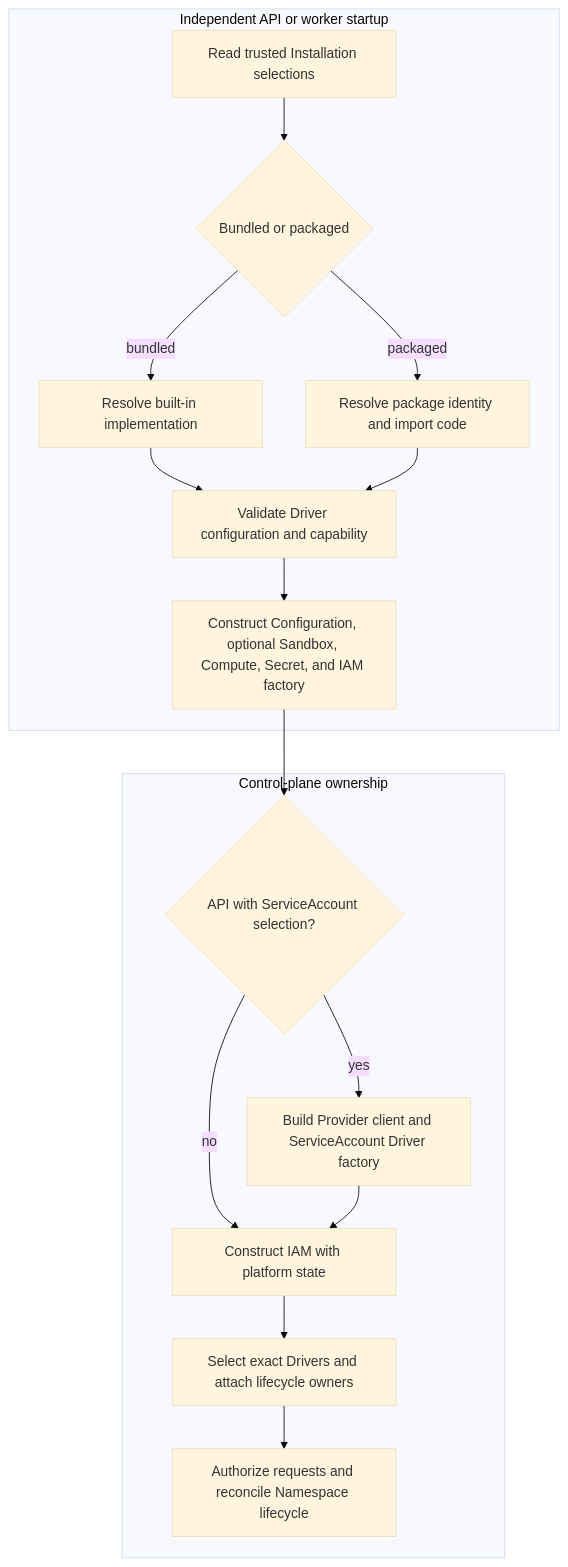
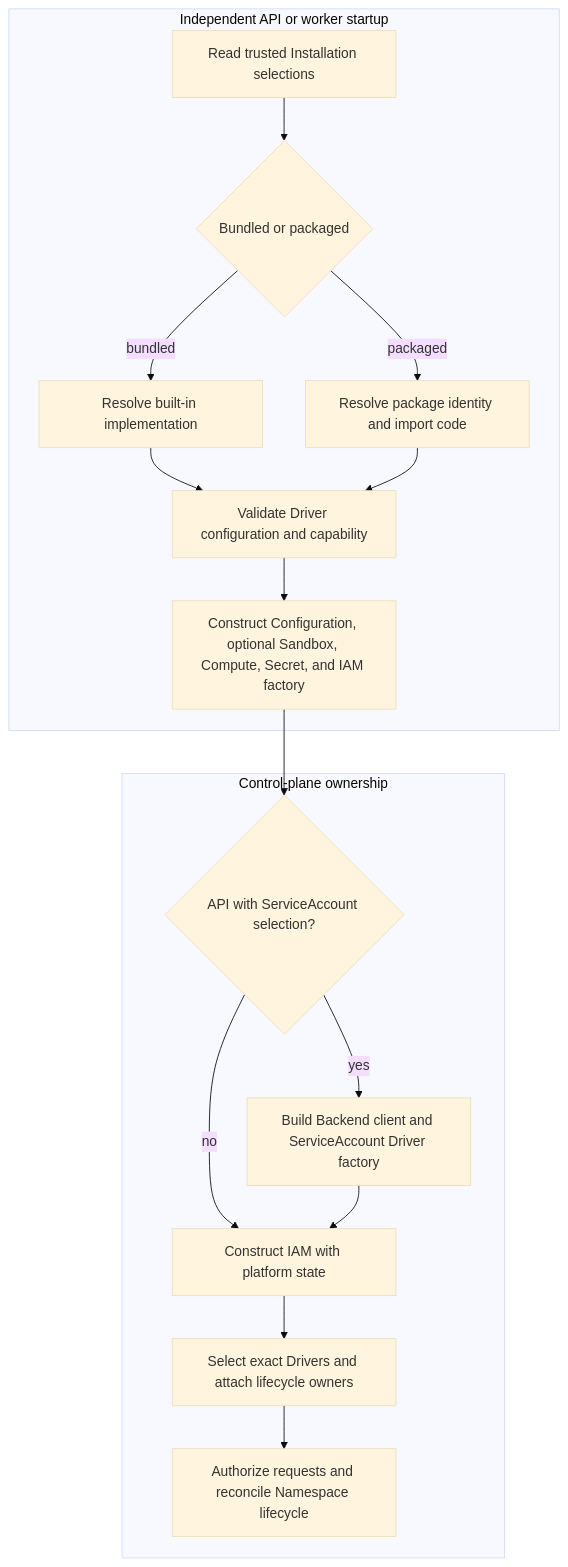
Before and after one commit to openclaw/openclaw-enterprise: the diagram in docs/flows/driver-plugin-loading.md, drawn with Mermaid (base theme). The commit also changed other lines of this file and 202 other files, not shown here.

````diff
--- a/docs/flows/driver-plugin-loading.md
+++ b/docs/flows/driver-plugin-loading.md
@@ -32,20 +32,20 @@
 ```mermaid
 graph TD
   subgraph Startup["Independent API or worker startup"]
     A["Read trusted Installation selections"] --> B{"Bundled or packaged"}
     B -->|bundled| C["Resolve built-in implementation"]
     B -->|packaged| D["Resolve package identity and import code"]
     C --> E["Validate Driver configuration and capability"]
     D --> E
     E --> F["Construct Configuration, optional Sandbox, Compute, Secret, and IAM factory"]
   end
 
   subgraph OCC["Control-plane ownership"]
     F --> P{"API with ServiceAccount selection?"}
-    P -->|yes| Q["Build Provider client and ServiceAccount Driver factory"]
+    P -->|yes| Q["Build Backend client and ServiceAccount Driver factory"]
     P -->|no| G["Construct IAM with platform state"]
     Q --> G
     G --> H["Select exact Drivers and attach lifecycle owners"]
     H --> I["Authorize requests and reconcile Namespace lifecycle"]
   end
 ```
````
